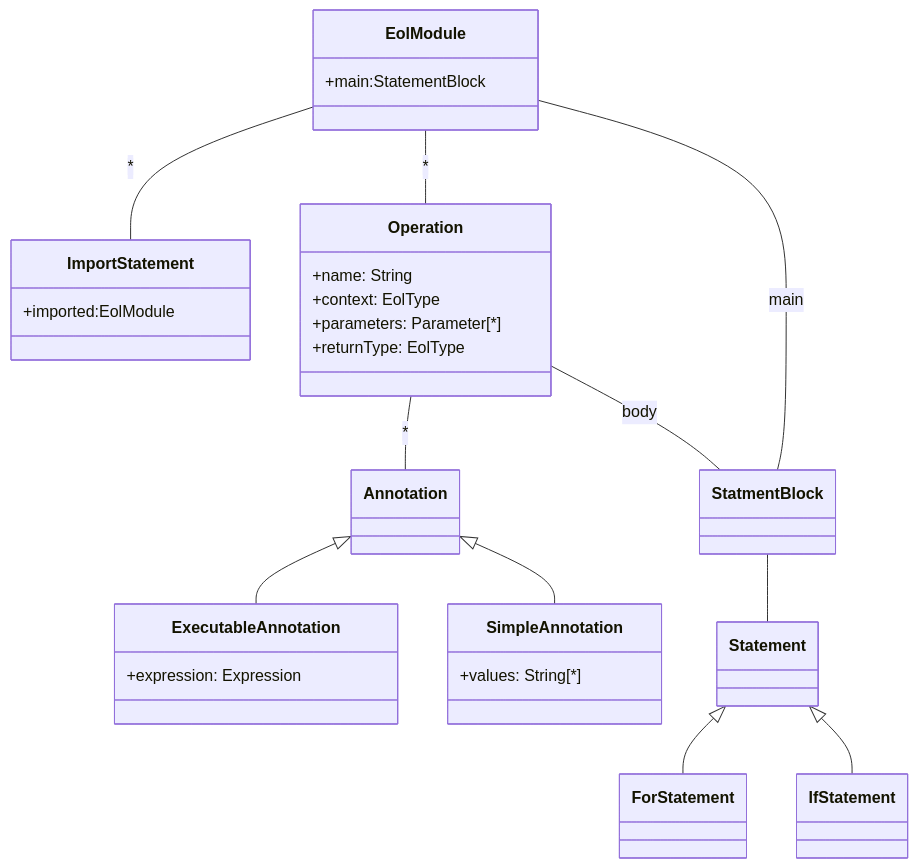
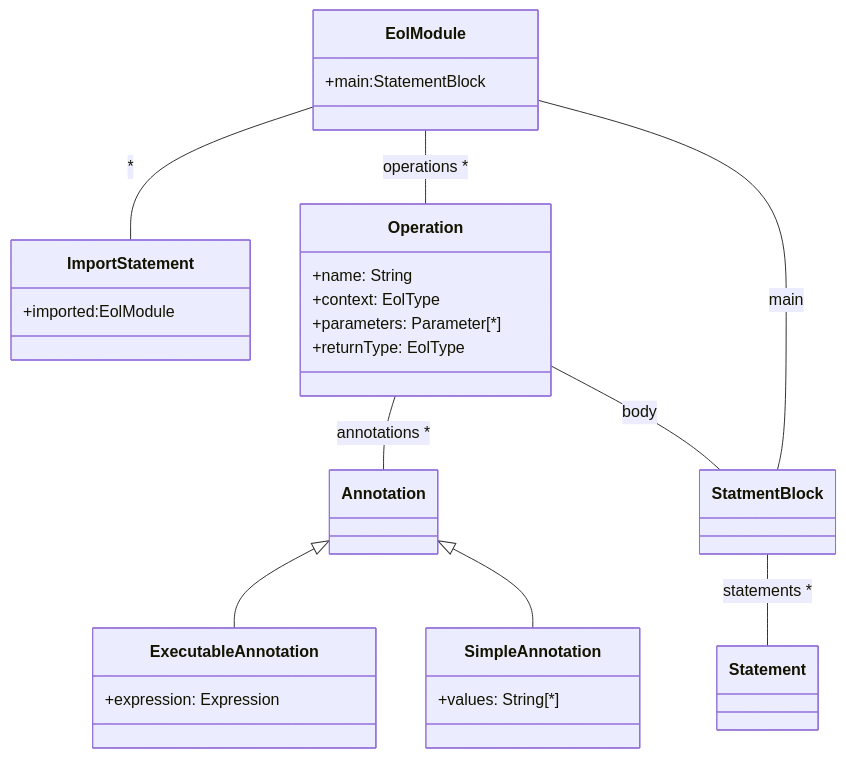
One commit to eclipse/epsilon-website changed the first of 2 diagrams in n/mkdocs/docs/doc/eol.md. Above: the diagram before and after it, drawn with Mermaid. The commit also changed 11 other files, not shown here.

Commit message:
Updated a few more diagrams and EVL

````diff
--- a/n/mkdocs/docs/doc/eol.md
+++ b/n/mkdocs/docs/doc/eol.md
@@ -31,31 +31,29 @@
 ```mermaid
 classDiagram
 class EolModule {
   +main:StatementBlock
 }
 class ImportStatement {
   +imported:EolModule
 }
 class Operation {
   +name: String
   +context: EolType
   +parameters: Parameter[*]
   +returnType: EolType
 }
 class ExecutableAnnotation {
 	+expression: Expression
 }
 class SimpleAnnotation {
 	+values: String[*]
 }
 EolModule -- ImportStatement: *
-EolModule -- Operation: *
-Operation -- Annotation: *
+EolModule -- Operation: operations *
+Operation -- Annotation: annotations *
 Operation -- StatmentBlock: body
 EolModule -- StatmentBlock: main
-StatmentBlock -- Statement
-Statement <|-- ForStatement
-Statement <|-- IfStatement
+StatmentBlock -- Statement: statements *
 Annotation <|-- ExecutableAnnotation
 Annotation <|-- SimpleAnnotation
 ```
````
